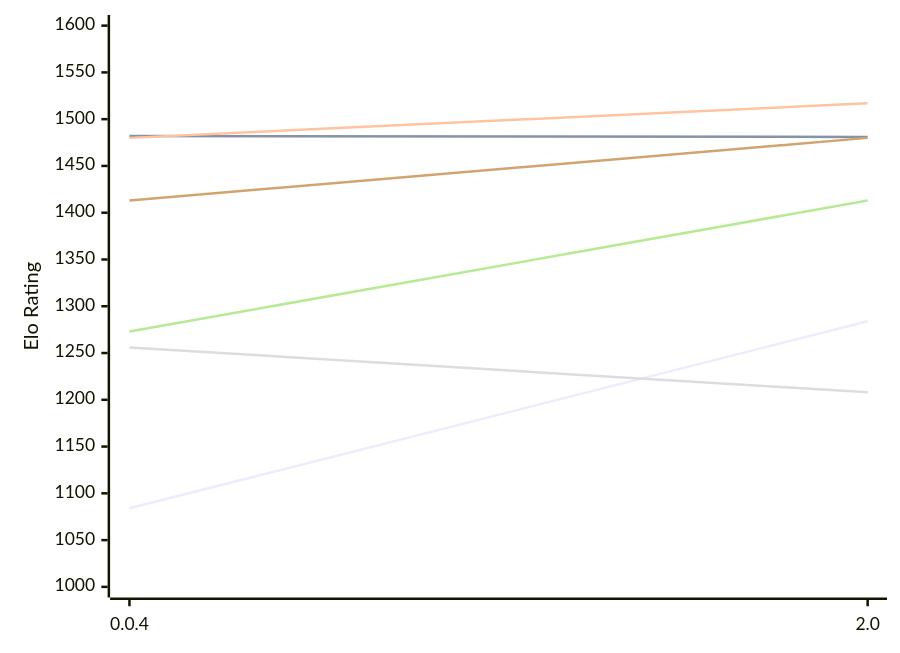
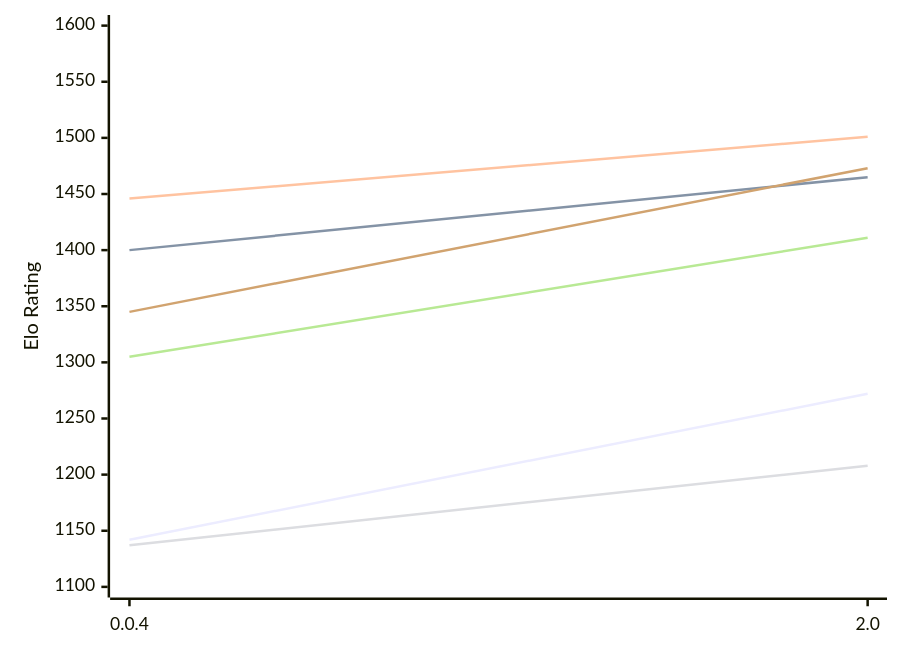
One commit to computer-chess-index/cci changed the first of 2 diagrams in engines/Oops!Mate.md. Above: the diagram before and after it, drawn with Mermaid. The commit also changed other lines of this file, not shown here.

Commit message:
Update CCI Ratings (ELO VLTC) - 2026-11-15

````diff
--- a/engines/Oops!Mate.md
+++ b/engines/Oops!Mate.md
@@ -50,12 +50,12 @@
 ```mermaid
 %%{init: {"theme":"base","themeVariables":{"seriesColors:['#a3a3a3','#222221','#faa371']}}}%%
 xychart-beta
   x-axis ["0.0.4", "2.0"]
-  y-axis "Elo Rating" 1000 --> 1600
-  line "E1: STC (8.0+0.08s)" [1084, 1284]
-  line "E1: LTC (60.0+0.60s)" [1482, 1481]
-  line "E1: VLTC (2m24s+1.12s)" [1480, 1517]
-  line "P1: STC (8.0+0.08s)" [1256, 1208]
-  line "P1: LTC (60.0+0.60s)" [1273, 1413]
-  line "P1: VLTC (2m24s+1.12s)" [1413, 1480]
+  y-axis "Elo Rating" 1100 --> 1600
+  line "E1: STC (8.0+0.08s)" [1142, 1272]
+  line "E1: LTC (60.0+0.60s)" [1400, 1465]
+  line "E1: VLTC (2m24s+1.12s)" [1446, 1501]
+  line "P1: STC (8.0+0.08s)" [1137, 1208]
+  line "P1: LTC (60.0+0.60s)" [1305, 1411]
+  line "P1: VLTC (2m24s+1.12s)" [1345, 1473]
 ```
````
